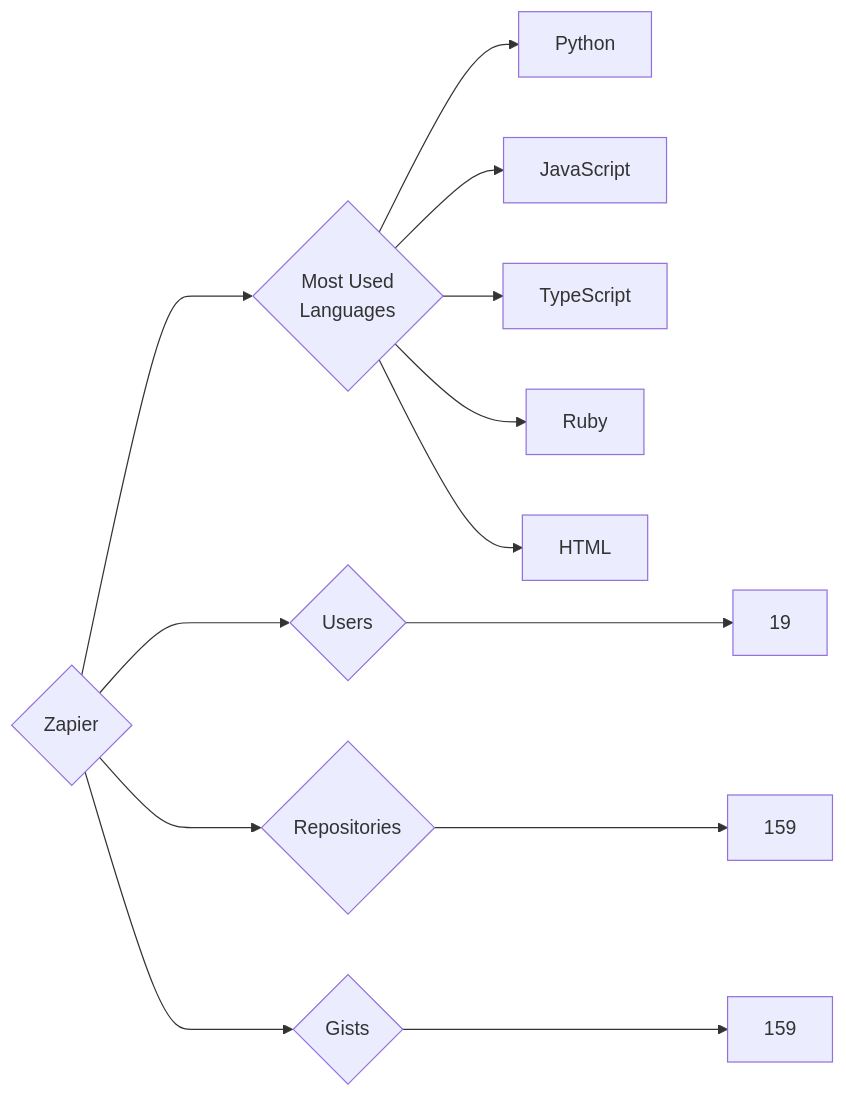
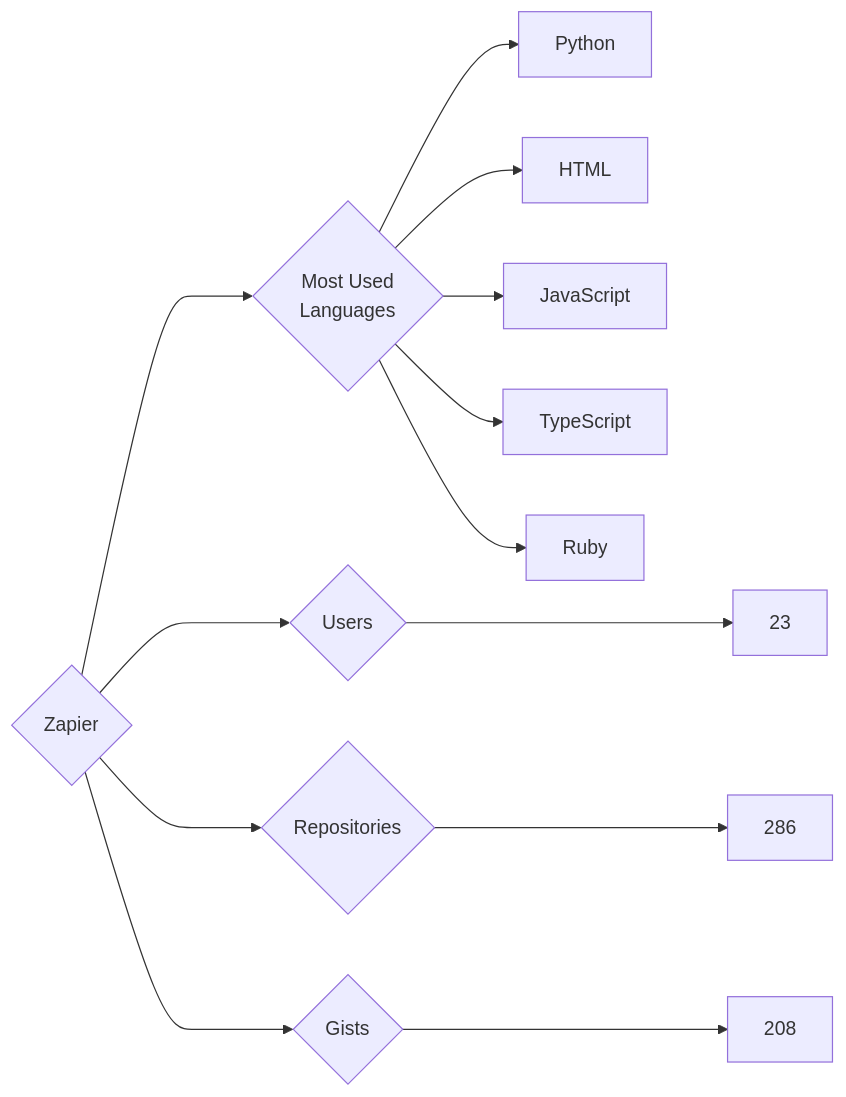
The diagram in targets/Zapier/README.md (trickest/insiders), drawn with Mermaid before and after one commit. The commit also changed 969 other files, not shown here.

````diff
--- a/targets/Zapier/README.md
+++ b/targets/Zapier/README.md
@@ -3,13 +3,13 @@
 ```mermaid
 graph LR
 COMPANY_NAME{Zapier}
-COMPANY_NAME ---> U{Users} ---> UN[19]
-COMPANY_NAME ---> R{Repositories} ---> RN[159]
-COMPANY_NAME ---> G{Gists} ---> GN[159]
+COMPANY_NAME ---> U{Users} ---> UN[23]
+COMPANY_NAME ---> R{Repositories} ---> RN[286]
+COMPANY_NAME ---> G{Gists} ---> GN[208]
 COMPANY_NAME ---> ML{Most Used<br>Languages}
 ML --> Python[Python]
+ML --> HTML[HTML]
 ML --> JavaScript[JavaScript]
 ML --> TypeScript[TypeScript]
 ML --> Ruby[Ruby]
-ML --> HTML[HTML]
 ```
````
